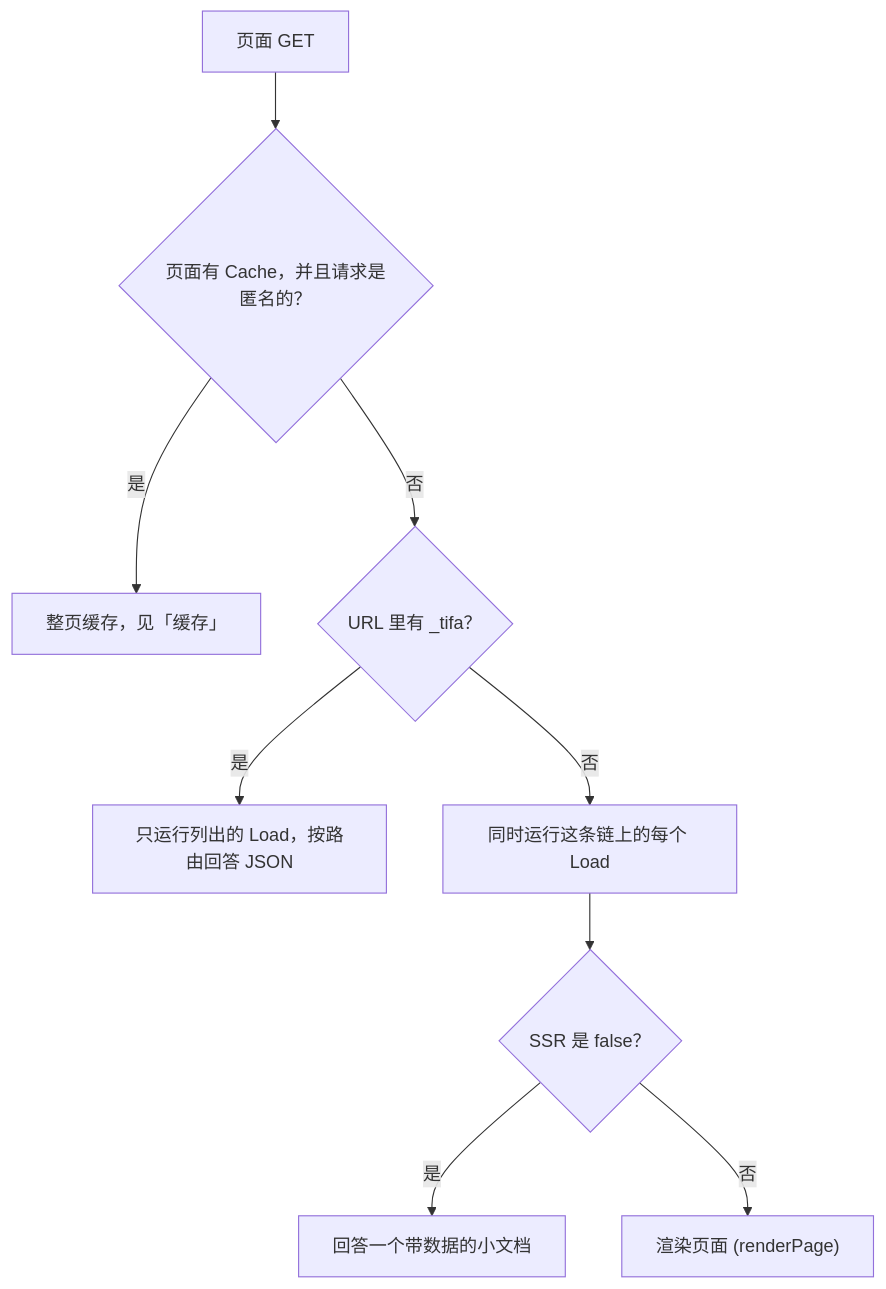
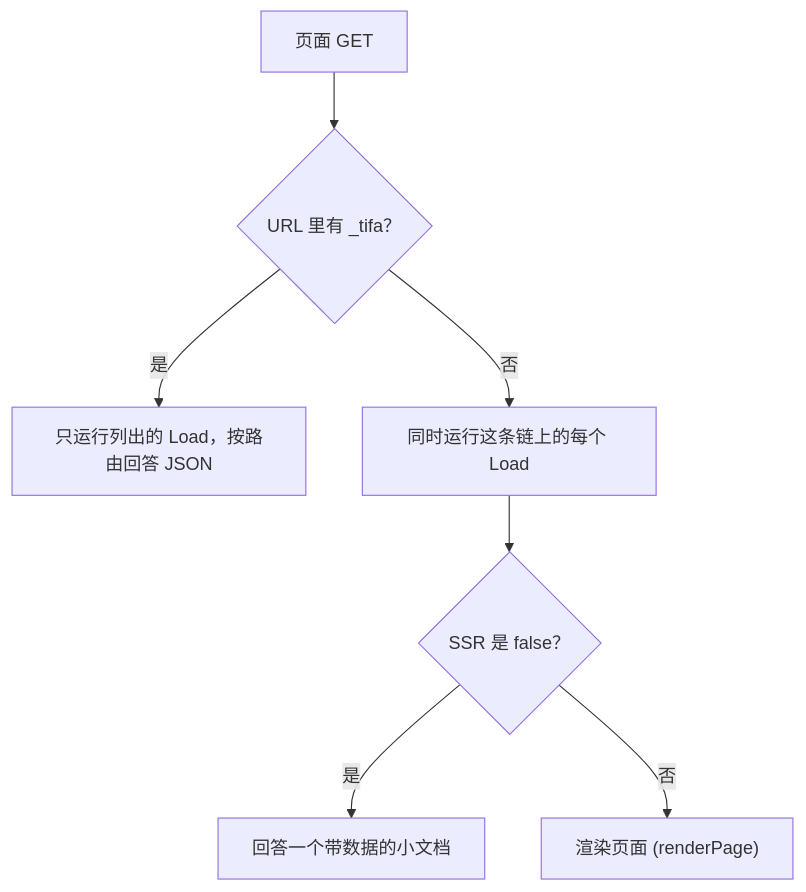
One commit to liustack/tifa changed the third of 8 diagrams in docs/architecture.zh-CN.md. Above: the diagram before and after it, drawn with Mermaid. The commit also changed other lines of this file and 41 other files, not shown here.

````diff
--- a/docs/architecture.zh-CN.md
+++ b/docs/architecture.zh-CN.md
@@ -85,11 +85,9 @@
 ```mermaid
 flowchart TD
-  P["页面 GET"] --> C{"页面有 Cache，并且请求是匿名的？"}
-  C -- "是" --> WP["整页缓存，见「缓存」"]
-  C -- "否" --> D{"URL 里有 _tifa？"}
+  P["页面 GET"] --> D{"URL 里有 _tifa？"}
   D -- "是" --> DR["只运行列出的 Load，按路由回答 JSON"]
   D -- "否" --> L["同时运行这条链上的每个 Load"]
   L --> S{"SSR 是 false？"}
   S -- "是" --> DO["回答一个带数据的小文档"]
   S -- "否" --> RP["渲染页面 (renderPage)"]
 ```
````
